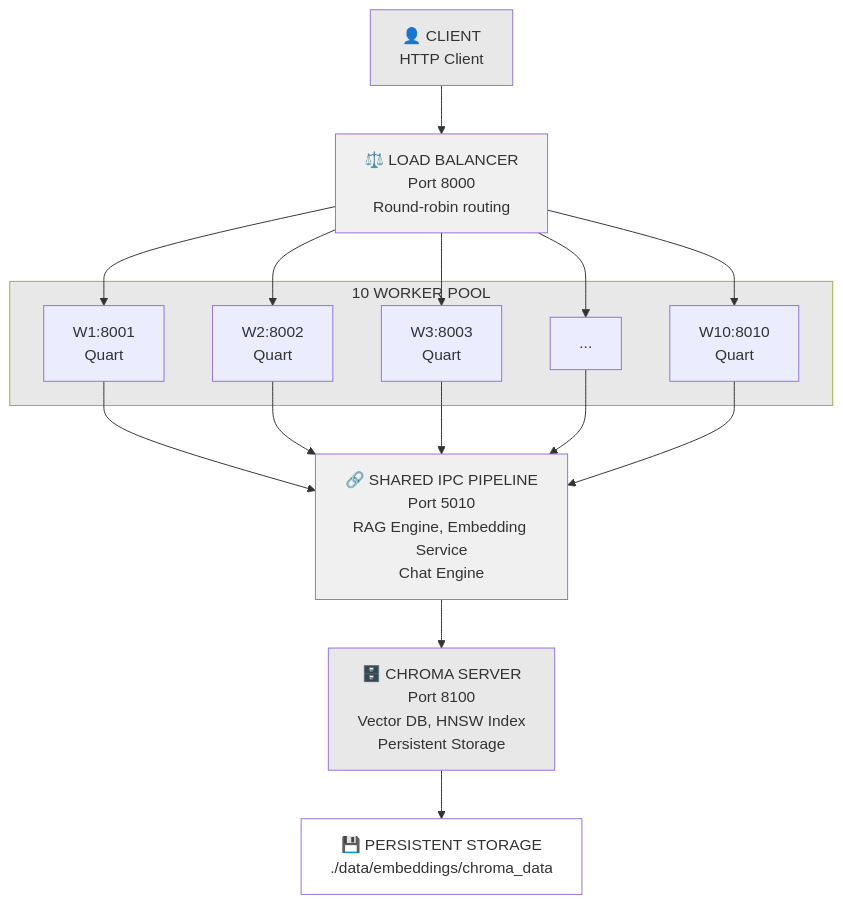
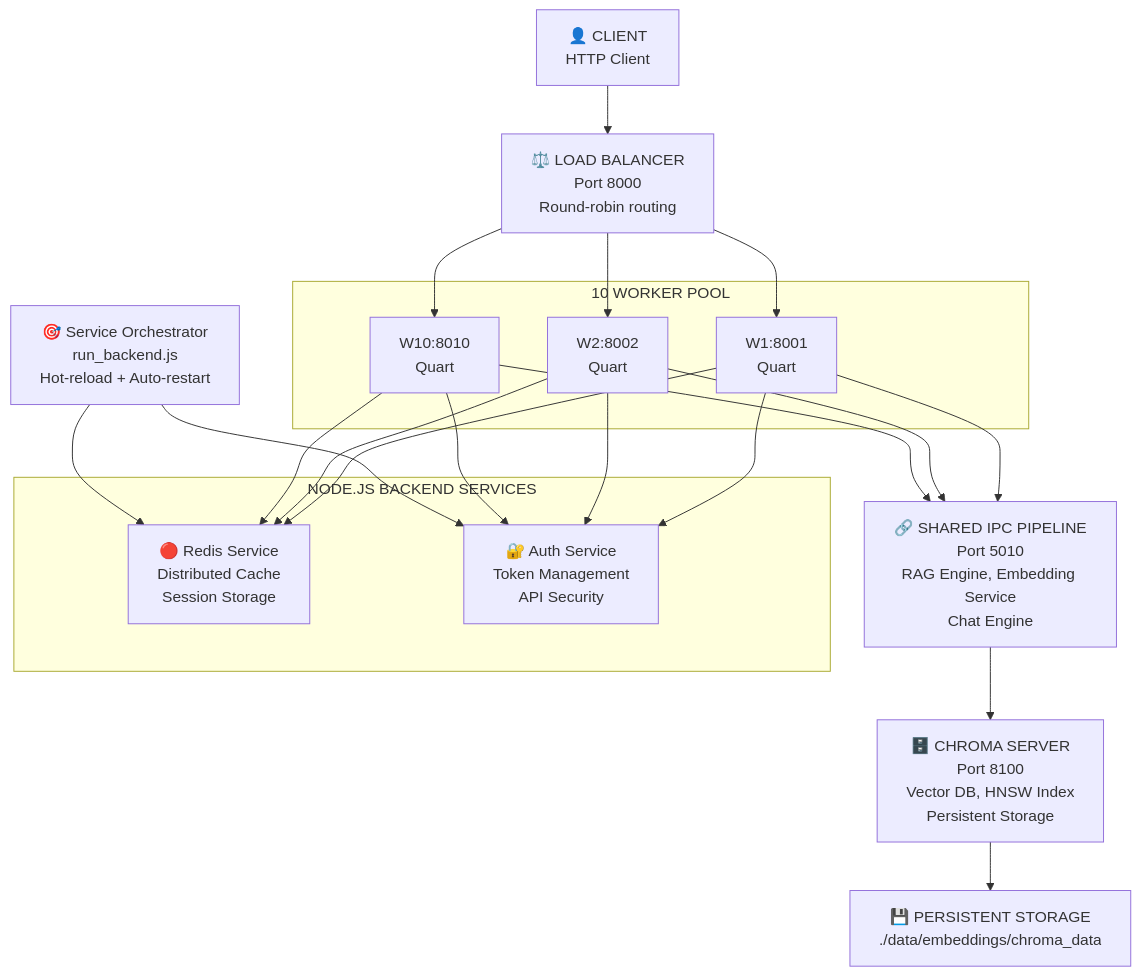
The first of 18 diagrams in DOCS/FULL_ARCHITECTURE.md (pollinations/lixSearch), drawn with Mermaid before and after one commit. The commit also changed other lines of this file, not shown here.

Commit message:
feat: Enhance documentation with Node.js API services layer and service orchestration details

````diff
--- a/DOCS/FULL_ARCHITECTURE.md
+++ b/DOCS/FULL_ARCHITECTURE.md
@@ -29,42 +33,61 @@
 ```mermaid
 graph TB
     Client["👤 CLIENT<br/>HTTP Client"]
     LB["⚖️ LOAD BALANCER<br/>Port 8000<br/>Round-robin routing"]
     
     subgraph Workers["10 WORKER POOL"]
         W1["W1:8001<br/>Quart"]
         W2["W2:8002<br/>Quart"]
-        W3["W3:8003<br/>Quart"]
-        WDots["..."]
         W10["W10:8010<br/>Quart"]
     end
     
     IPC["🔗 SHARED IPC PIPELINE<br/>Port 5010<br/>RAG Engine, Embedding Service<br/>Chat Engine"]
     
     ChromaServer["🗄️ CHROMA SERVER<br/>Port 8100<br/>Vector DB, HNSW Index<br/>Persistent Storage"]
     
+    subgraph NodeServices["NODE.JS BACKEND SERVICES"]
+        Redis["🔴 Redis Service<br/>Distributed Cache<br/>Session Storage"]
+        Auth["🔐 Auth Service<br/>Token Management<br/>API Security"]
+    end
+    
+    Orchestrator["🎯 Service Orchestrator<br/>run_backend.js<br/>Hot-reload + Auto-restart"]
+    
     Storage["💾 PERSISTENT STORAGE<br/>./data/embeddings/chroma_data"]
     
     Client --> LB
     LB --> W1
     LB --> W2
-    LB --> W3
-    LB --> WDots
     LB --> W10
     
     W1 --> IPC
     W2 --> IPC
-    W3 --> IPC
-    WDots --> IPC
     W10 --> IPC
+    
+    W1 --> Redis
+    W2 --> Redis
+    W10 --> Redis
+    
+    W1 --> Auth
+    W2 --> Auth
+    W10 --> Auth
     
     IPC --> ChromaServer
     ChromaServer --> Storage
     
-    style Client fill:#E8E8E8
-    style LB fill:#F0F0F0
-    style Workers fill:#E8E8E8
-    style IPC fill:#F0F0F0
-    style ChromaServer fill:#E8E8E8
-    style Storage fill:#FFFFFF
+    Orchestrator --> Redis
+    Orchestrator --> Auth
+    
+    style Client fill:#000;color:#fff
+    style LB fill:#000;color:#fff
+    style Workers fill:#000;color:#fff
+    style W1 fill:#000;color:#fff
+    style W2 fill:#000;color:#fff
+    style W10 fill:#000;color:#fff
+    style IPC fill:#000;color:#fff
+    style ChromaServer fill:#000;color:#fff
+    style NodeServices fill:#000;color:#fff
+    style Redis fill:#000;color:#fff
+    style Auth fill:#000;color:#fff
+    style Orchestrator fill:#000;color:#fff
+    style Storage fill:#000;color:#fff
 ```
````
